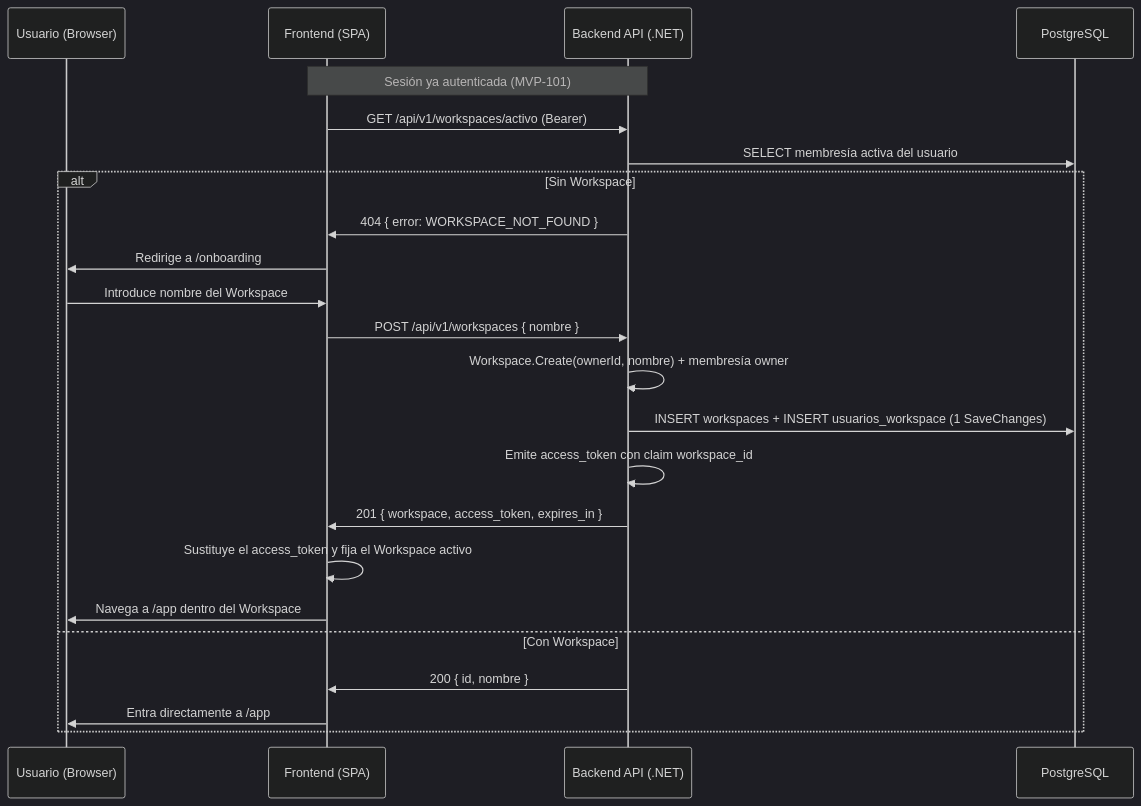
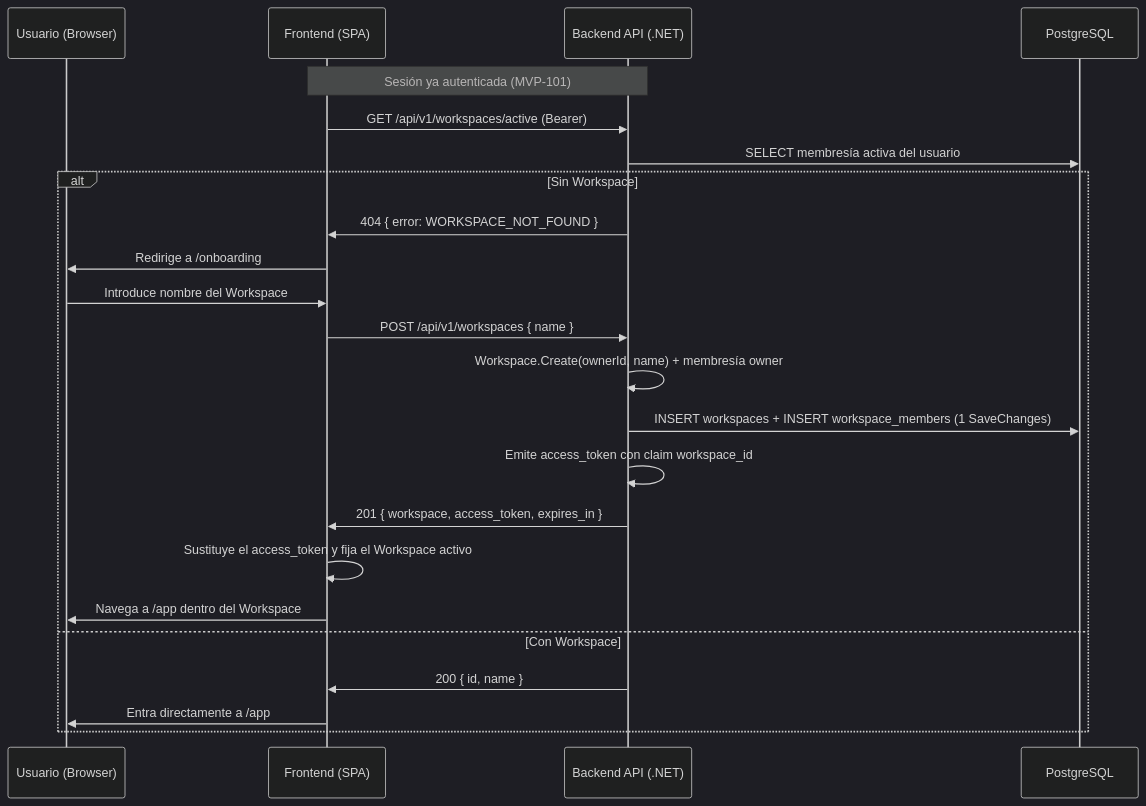
The diagram in docs/09-desarrollos/epicas/MVP-001--identidad-y-contexto-seguro/MVP-102--creacion-de-workspace-y-primer-acceso/tech-design.md (AndresGilabert/terrenario), drawn with Mermaid (dark theme) before and after one commit. The commit also changed other lines of this file and 29 other files, not shown here.

````diff
--- a/docs/09-desarrollos/epicas/MVP-001--identidad-y-contexto-seguro/MVP-102--creacion-de-workspace-y-primer-acceso/tech-design.md
+++ b/docs/09-desarrollos/epicas/MVP-001--identidad-y-contexto-seguro/MVP-102--creacion-de-workspace-y-primer-acceso/tech-design.md
@@ -38,27 +42,27 @@
 ```mermaid
 sequenceDiagram
     participant U as Usuario (Browser)
     participant FE as Frontend (SPA)
     participant BE as Backend API (.NET)
     participant DB as PostgreSQL
 
     Note over FE,BE: Sesión ya autenticada (MVP-101)
 
-    FE->>BE: GET /api/v1/workspaces/activo (Bearer)
+    FE->>BE: GET /api/v1/workspaces/active (Bearer)
     BE->>DB: SELECT membresía activa del usuario
     alt Sin Workspace
         BE->>FE: 404 { error: WORKSPACE_NOT_FOUND }
         FE->>U: Redirige a /onboarding
         U->>FE: Introduce nombre del Workspace
-        FE->>BE: POST /api/v1/workspaces { nombre }
-        BE->>BE: Workspace.Create(ownerId, nombre) + membresía owner
-        BE->>DB: INSERT workspaces + INSERT usuarios_workspace (1 SaveChanges)
+        FE->>BE: POST /api/v1/workspaces { name }
+        BE->>BE: Workspace.Create(ownerId, name) + membresía owner
+        BE->>DB: INSERT workspaces + INSERT workspace_members (1 SaveChanges)
         BE->>BE: Emite access_token con claim workspace_id
         BE->>FE: 201 { workspace, access_token, expires_in }
         FE->>FE: Sustituye el access_token y fija el Workspace activo
         FE->>U: Navega a /app dentro del Workspace
     else Con Workspace
-        BE->>FE: 200 { id, nombre }
+        BE->>FE: 200 { id, name }
         FE->>U: Entra directamente a /app
     end
 ```
````
